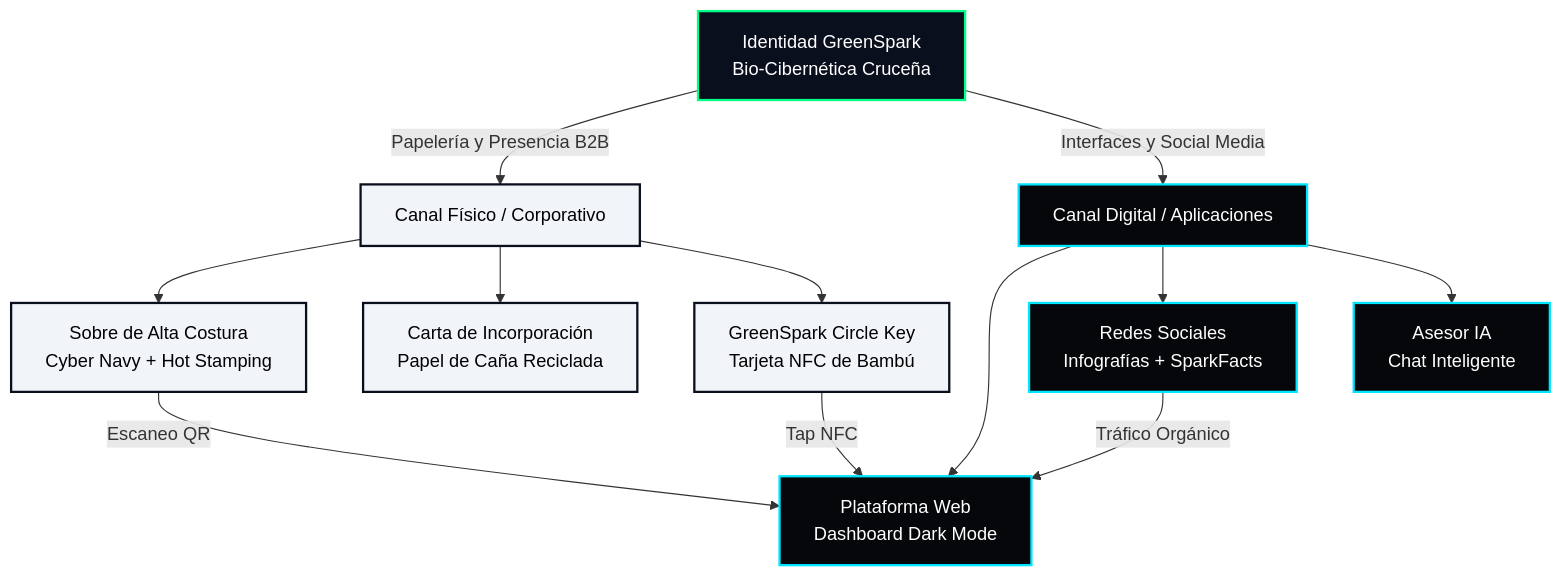
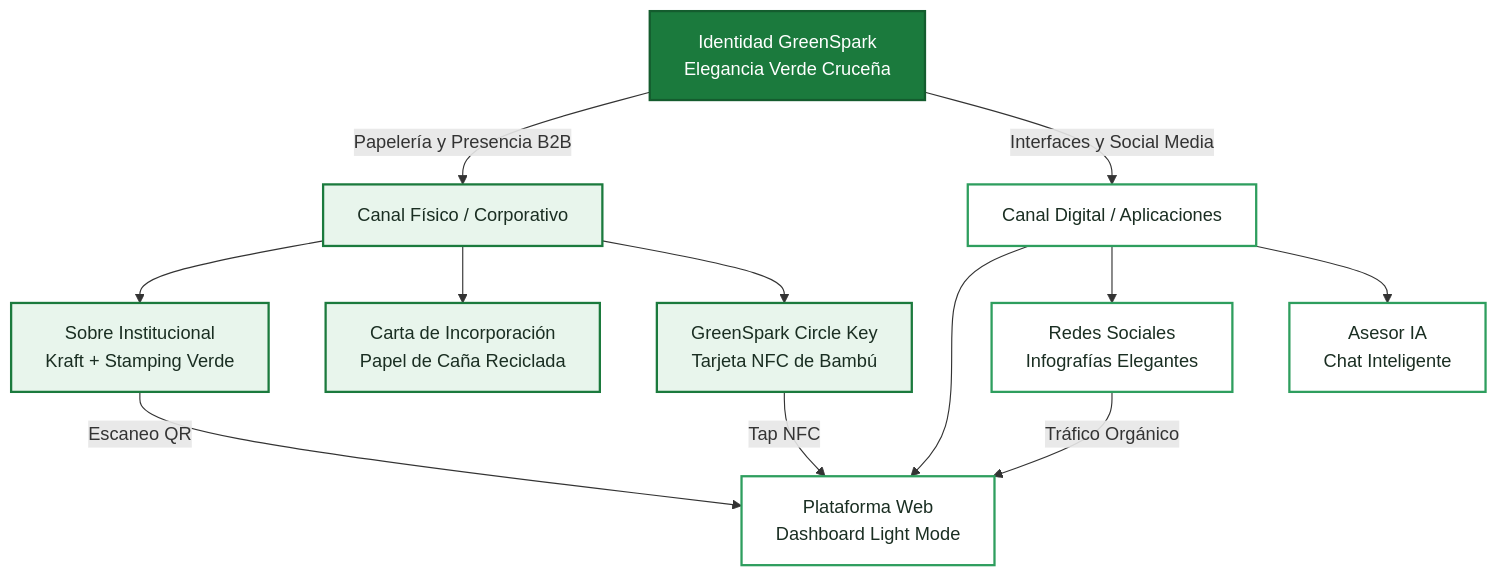
The second of 2 diagrams in DESIGN.md (cesarszv/gdg-hackathon-2026), drawn with Mermaid before and after one commit. The commit also changed other lines of this file and 10 other files, not shown here.

Commit message:
Add documentation for GreenSpark project including architecture, technical report, expected impact, lean canvas, identified problem, proposed solution, and expected outcomes

````diff
--- a/DESIGN.md
+++ b/DESIGN.md
@@ -268,25 +299,25 @@
 ```mermaid
 graph TD
-    classDef main fill:#0A0F1D,stroke:#00FF87,stroke-width:2px,color:#FFFFFF;
-    classDef physical fill:#F1F5F9,stroke:#0A0F1D,stroke-width:2px,color:#000000;
-    classDef digital fill:#05070A,stroke:#00E5FF,stroke-width:2px,color:#FFFFFF;
+    classDef main fill:#1B7A3D,stroke:#145C2E,stroke-width:2px,color:#FFFFFF;
+    classDef physical fill:#E8F5EC,stroke:#1B7A3D,stroke-width:2px,color:#1A2E22;
+    classDef digital fill:#FFFFFF,stroke:#2E9E5E,stroke-width:2px,color:#1A2E22;
 
-    BRAND["Identidad GreenSpark<br>Bio-Cibernética Cruceña"]:::main
+    BRAND["Identidad GreenSpark<br>Elegancia Verde Cruceña"]:::main
 
     %% Canales Físicos
     BRAND --> |Papelería y Presencia B2B| PHYS_MKT["Canal Físico / Corporativo"]:::physical
-    PHYS_MKT --> ENV["Sobre de Alta Costura<br>Cyber Navy + Hot Stamping"]:::physical
+    PHYS_MKT --> ENV["Sobre Institucional<br>Kraft + Stamping Verde"]:::physical
     PHYS_MKT --> LET["Carta de Incorporación<br>Papel de Caña Reciclada"]:::physical
     PHYS_MKT --> KEY["GreenSpark Circle Key<br>Tarjeta NFC de Bambú"]:::physical
 
     %% Canales Digitales
     BRAND --> |Interfaces y Social Media| DIG_MKT["Canal Digital / Aplicaciones"]:::digital
-    DIG_MKT --> WEB["Plataforma Web<br>Dashboard Dark Mode"]:::digital
-    DIG_MKT --> SOC["Redes Sociales<br>Infografías + SparkFacts"]:::digital
+    DIG_MKT --> WEB["Plataforma Web<br>Dashboard Light Mode"]:::digital
+    DIG_MKT --> SOC["Redes Sociales<br>Infografías Elegantes"]:::digital
     DIG_MKT --> CHAT["Asesor IA<br>Chat Inteligente"]:::digital
 
     %% Puntos de Retorno
     KEY --> |Tap NFC| WEB
     ENV --> |Escaneo QR| WEB
     SOC --> |Tráfico Orgánico| WEB
 ```
````
